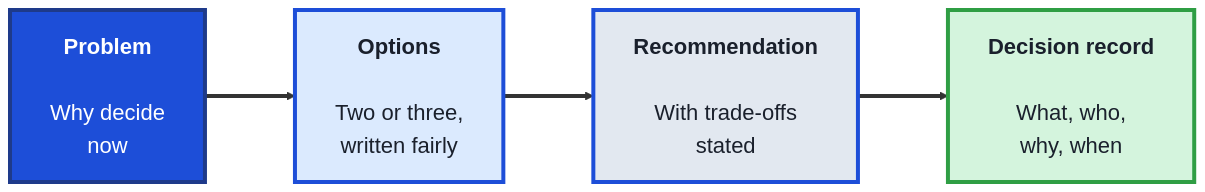
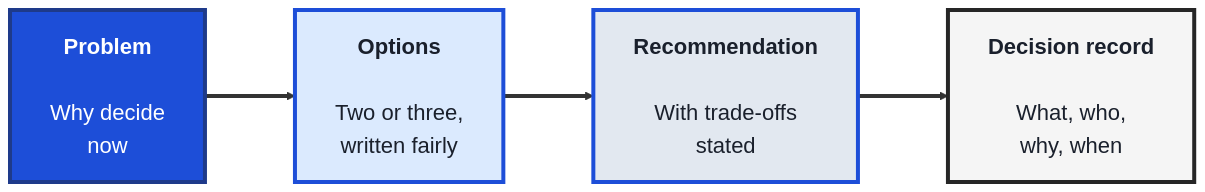
One commit to SHEMODELTECH/shemodeltech changed the second of 3 diagrams in src/Pages/courses/TechLeads/module-4-technical-writing.md. Above: the diagram before and after it, drawn with Mermaid. The commit also changed other lines of this file and 46 other files, not shown here.

````diff
--- a/src/Pages/courses/TechLeads/module-4-technical-writing.md
+++ b/src/Pages/courses/TechLeads/module-4-technical-writing.md
@@ -117,16 +117,16 @@
 ```mermaid
 %%{init: {'theme':'base', 'themeVariables': {'fontSize':'22px', 'primaryTextColor':'#1a202c', 'primaryBorderColor':'#1d4ed8', 'lineColor':'#333333'}, 'flowchart': {'nodeSpacing': 70, 'rankSpacing': 90, 'padding': 20}}}%%
 flowchart LR
     PROB["<b>Problem</b><br/><br/>Why decide<br/>now"]
     OPT["<b>Options</b><br/><br/>Two or three,<br/>written fairly"]
     REC["<b>Recommendation</b><br/><br/>With trade-offs<br/>stated"]
     REC2["<b>Decision record</b><br/><br/>What, who,<br/>why, when"]
 
     PROB ==> OPT ==> REC ==> REC2
 
     style PROB fill:#1d4ed8,color:#fff,stroke:#1e3a8a,stroke-width:4px
     style OPT fill:#dbeafe,color:#1a202c,stroke:#1d4ed8,stroke-width:4px
     style REC fill:#e2e8f0,color:#1a202c,stroke:#1d4ed8,stroke-width:4px
-    style REC2 fill:#d4f4dd,color:#1a202c,stroke:#2f9e44,stroke-width:4px
+    style REC2 fill:#F5F5F5,color:#1a202c,stroke:#262626,stroke-width:4px
     linkStyle default stroke-width:4px,stroke:#333333
 ```
````
